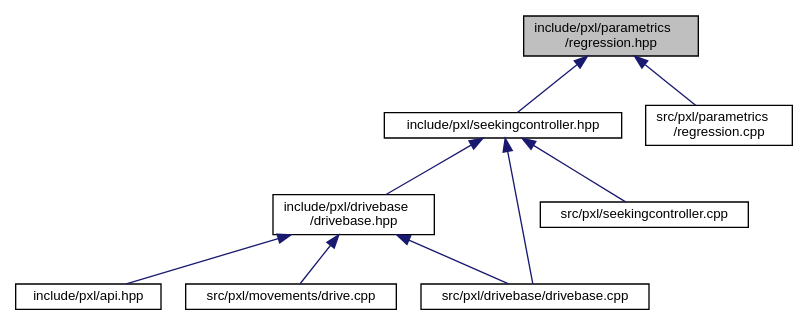
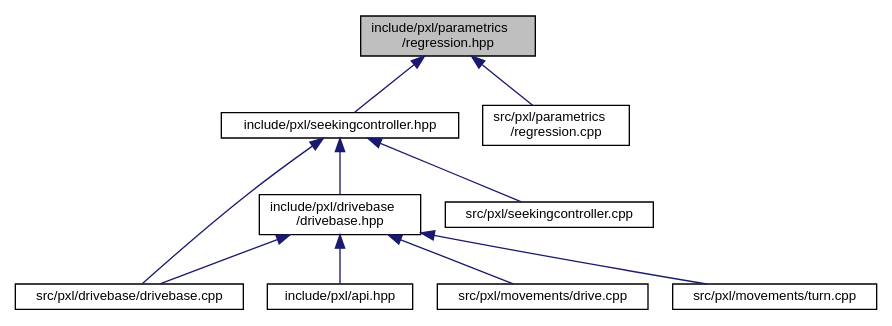
The diagram in regression_8hpp__dep__incl.dot (Pixel-Lib/Pixel), drawn with Graphviz before and after one commit. The commit also changed 232 other files, not shown here.

```diff
--- a/regression_8hpp__dep__incl.dot
+++ b/regression_8hpp__dep__incl.dot
@@ -1,22 +1,24 @@
 digraph "include/pxl/parametrics/regression.hpp"
 {
  // LATEX_PDF_SIZE
   edge [fontname="Helvetica",fontsize="10",labelfontname="Helvetica",labelfontsize="10"];
   node [fontname="Helvetica",fontsize="10",shape=record];
   Node1 [label="include/pxl/parametrics\l/regression.hpp",height=0.2,width=0.4,color="black", fillcolor="grey75", style="filled", fontcolor="black",tooltip=" "];
   Node1 -> Node2 [dir="back",color="midnightblue",fontsize="10",style="solid",fontname="Helvetica"];
   Node2 [label="include/pxl/seekingcontroller.hpp",height=0.2,width=0.4,color="black", fillcolor="white", style="filled",URL="$seekingcontroller_8hpp.html",tooltip=" "];
   Node2 -> Node3 [dir="back",color="midnightblue",fontsize="10",style="solid",fontname="Helvetica"];
   Node3 [label="include/pxl/drivebase\l/drivebase.hpp",height=0.2,width=0.4,color="black", fillcolor="white", style="filled",URL="$drivebase_8hpp.html",tooltip=" "];
   Node3 -> Node4 [dir="back",color="midnightblue",fontsize="10",style="solid",fontname="Helvetica"];
   Node4 [label="include/pxl/api.hpp",height=0.2,width=0.4,color="black", fillcolor="white", style="filled",URL="$api_8hpp.html",tooltip=" "];
   Node3 -> Node5 [dir="back",color="midnightblue",fontsize="10",style="solid",fontname="Helvetica"];
   Node5 [label="src/pxl/drivebase/drivebase.cpp",height=0.2,width=0.4,color="black", fillcolor="white", style="filled",URL="$drivebase_8cpp.html",tooltip=" "];
   Node3 -> Node6 [dir="back",color="midnightblue",fontsize="10",style="solid",fontname="Helvetica"];
   Node6 [label="src/pxl/movements/drive.cpp",height=0.2,width=0.4,color="black", fillcolor="white", style="filled",URL="$drive_8cpp.html",tooltip=" "];
+  Node3 -> Node7 [dir="back",color="midnightblue",fontsize="10",style="solid",fontname="Helvetica"];
+  Node7 [label="src/pxl/movements/turn.cpp",height=0.2,width=0.4,color="black", fillcolor="white", style="filled",URL="$turn_8cpp.html",tooltip=" "];
   Node2 -> Node5 [dir="back",color="midnightblue",fontsize="10",style="solid",fontname="Helvetica"];
-  Node2 -> Node7 [dir="back",color="midnightblue",fontsize="10",style="solid",fontname="Helvetica"];
-  Node7 [label="src/pxl/seekingcontroller.cpp",height=0.2,width=0.4,color="black", fillcolor="white", style="filled",URL="$seekingcontroller_8cpp.html",tooltip=" "];
-  Node1 -> Node8 [dir="back",color="midnightblue",fontsize="10",style="solid",fontname="Helvetica"];
-  Node8 [label="src/pxl/parametrics\l/regression.cpp",height=0.2,width=0.4,color="black", fillcolor="white", style="filled",URL="$regression_8cpp.html",tooltip=" "];
+  Node2 -> Node8 [dir="back",color="midnightblue",fontsize="10",style="solid",fontname="Helvetica"];
+  Node8 [label="src/pxl/seekingcontroller.cpp",height=0.2,width=0.4,color="black", fillcolor="white", style="filled",URL="$seekingcontroller_8cpp.html",tooltip=" "];
+  Node1 -> Node9 [dir="back",color="midnightblue",fontsize="10",style="solid",fontname="Helvetica"];
+  Node9 [label="src/pxl/parametrics\l/regression.cpp",height=0.2,width=0.4,color="black", fillcolor="white", style="filled",URL="$regression_8cpp.html",tooltip=" "];
 }
```
